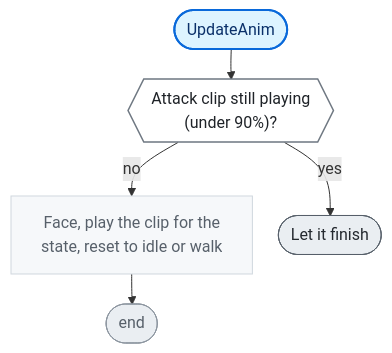
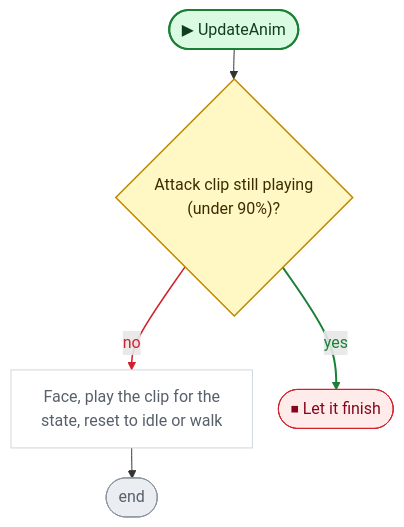
Diagram 12 of 15 in CodeGraph~/graph/Player.cs.md (nataiai/Lord-of-the-Dungeon), drawn with Mermaid before and after one commit. The commit also changed other lines of this file and 44 other files, not shown here.

````diff
--- a/CodeGraph~/graph/Player.cs.md
+++ b/CodeGraph~/graph/Player.cs.md
@@ -608,34 +716,40 @@
 ```mermaid
 ---
 config:
   flowchart:
     wrappingWidth: 260
     nodeSpacing: 26
     rankSpacing: 30
 ---
 flowchart TD
-  nS(["UpdateAnim"])
-  nd104f0{{"Attack clip still playing<br>(under 90%)?"}}
+  nS(["▶ UpdateAnim"])
+  nd104f0{"Attack clip still playing<br>(under 90%)?"}
   n019d10["Face, play the clip for the<br>state, reset to idle or walk"]
   nE(["end"])
-  nb2e4fc(["Let it finish"])
+  nb2e4fc(["⏹ Let it finish"])
   nS --> nd104f0
   nd104f0 -->|no| n019d10
   nd104f0 -->|yes| nb2e4fc
   n019d10 --> nE
-  classDef unity fill:#fff1c2,stroke:#9a6700,stroke-width:2px,color:#3b2300
-  classDef start fill:#ddf4ff,stroke:#0969da,stroke-width:2px,color:#0a3069
-  classDef calc fill:#f6f8fa,stroke:#d0d7de,color:#57606a
-  classDef calls fill:#ffffff,stroke:#0969da,stroke-width:2.5px,color:#0a3069
-  classDef cond fill:#ffffff,stroke:#6e7781,stroke-width:1.5px,color:#1f2328
-  classDef loop fill:#fbefff,stroke:#8250df,color:#3e1f79
-  classDef exit fill:#eaeef2,stroke:#57606a,color:#24292f
-  classDef wait fill:#fff8f0,stroke:#bc4c00,color:#4d1d00
+  linkStyle 1 stroke:#cf222e,stroke-width:1.5px,color:#cf222e
+  linkStyle 2 stroke:#1a7f37,stroke-width:2px,color:#1a7f37
+  classDef unity fill:#dafbe1,stroke:#1a7f37,stroke-width:2px,color:#0f3d1d
+  classDef start fill:#dafbe1,stroke:#1a7f37,stroke-width:2px,color:#0f3d1d
+  classDef calc fill:#ffffff,stroke:#d0d7de,color:#57606a
+  classDef calls fill:#ddf4ff,stroke:#0969da,stroke-width:2px,color:#0a3069
+  classDef ext fill:#ddf4ff,stroke:#0969da,stroke-width:2px,stroke-dasharray:5 3,color:#0a3069
+  classDef cond fill:#fff8c5,stroke:#bf8700,stroke-width:1.5px,color:#3d2a00
+  classDef loop fill:#f6f8fa,stroke:#57606a,color:#1f2328
+  classDef exit fill:#ffebe9,stroke:#cf222e,color:#82071e
+  classDef kill fill:#ffebe9,stroke:#cf222e,stroke-width:2px,color:#82071e
+  classDef spawn fill:#dafbe1,stroke:#1a7f37,stroke-width:2px,color:#0f3d1d
+  classDef wait fill:#fff1e5,stroke:#bc4c00,color:#4d1d00
   classDef fin fill:#eaeef2,stroke:#8c959f,color:#57606a
   classDef join fill:#d0d7de,stroke:#8c959f,color:#57606a
+  classDef ghdr fill:#f5f9ff,stroke:#f5f9ff,color:#0a3069,font-weight:bold
   class n019d10 calc
   class nd104f0 cond
   class nb2e4fc exit
   class nE fin
   class nS start
 ```
````
